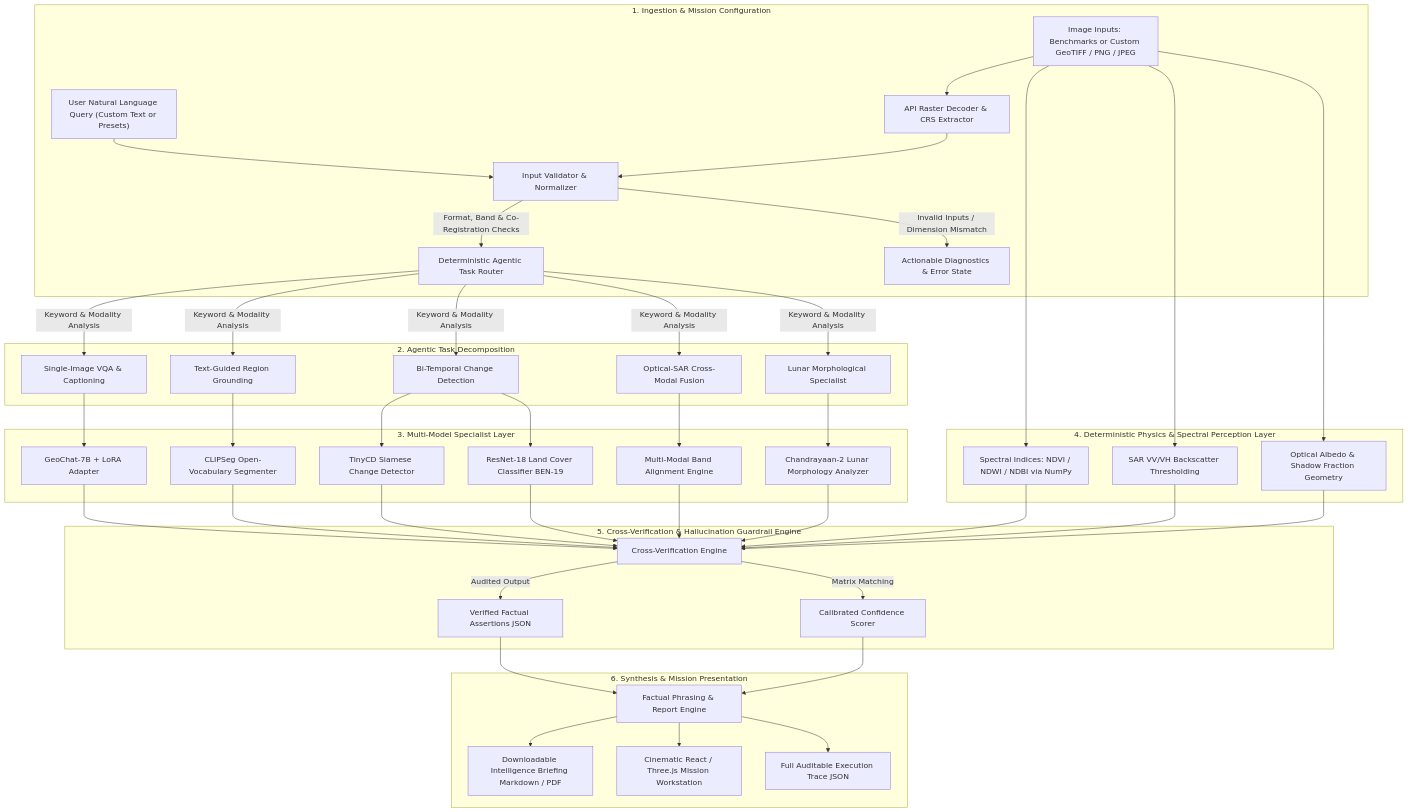
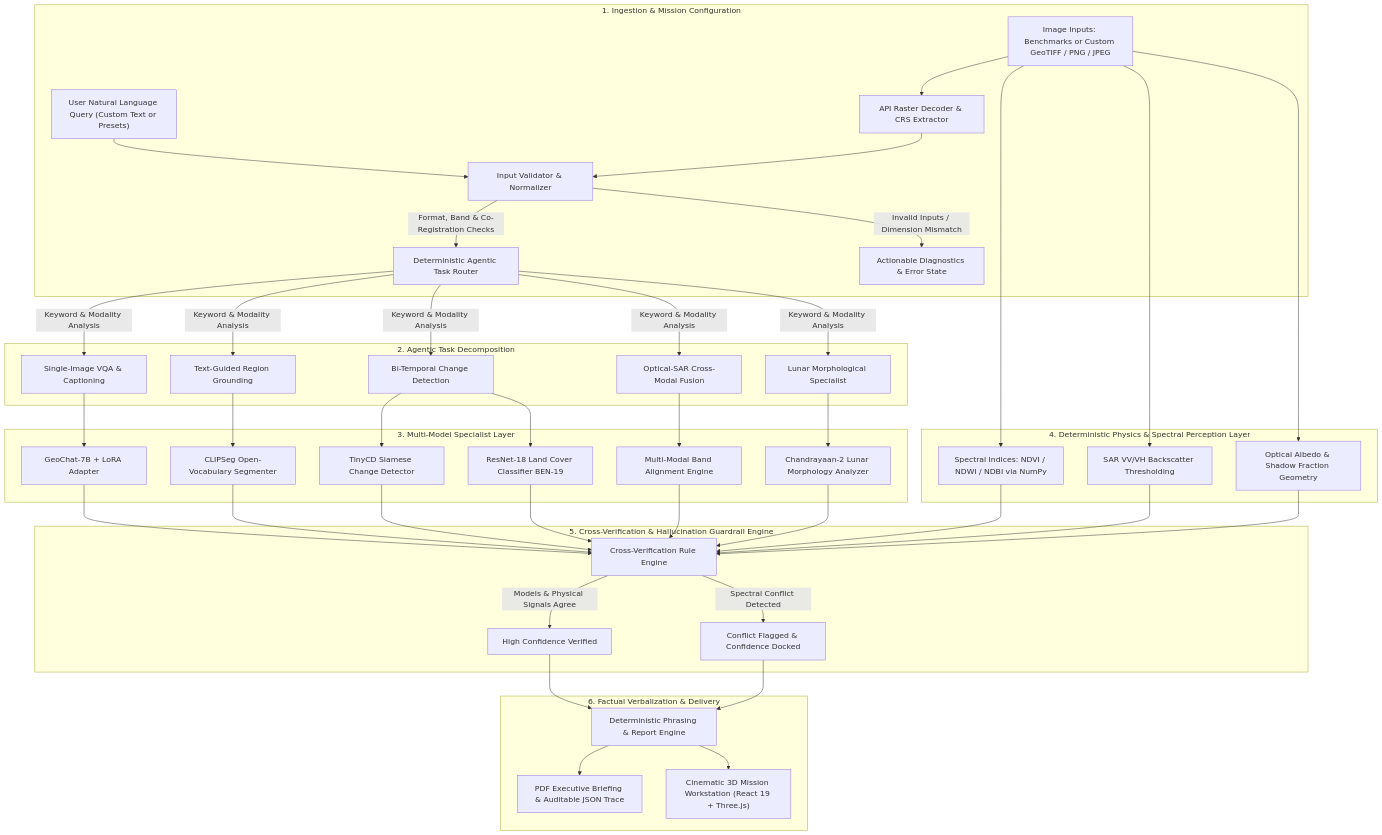
The diagram in README.md (huldahtejaswinikunti-AI/SatQuery-AI), drawn with Mermaid before and after one commit. The commit also changed other lines of this file, not shown here.

Commit message:
docs: modernize README with status badges, system architecture, and unified launch guide

````diff
--- a/README.md
+++ b/README.md
@@ -67,55 +75,46 @@
 ```mermaid
 flowchart TD
     subgraph INGESTION["1. Ingestion & Mission Configuration"]
         UQ["User Natural Language Query (Custom Text or Presets)"] --> IV["Input Validator & Normalizer"]
         IMG["Image Inputs: Benchmarks or Custom GeoTIFF / PNG / JPEG"] --> UP["API Raster Decoder & CRS Extractor"]
         UP --> IV
         IV -->|"Format, Band & Co-Registration Checks"| AR["Deterministic Agentic Task Router"]
         IV -->|"Invalid Inputs / Dimension Mismatch"| ERR["Actionable Diagnostics & Error State"]
     end
 
     subgraph ROUTING["2. Agentic Task Decomposition"]
         AR -->|"Keyword & Modality Analysis"| TR1["Single-Image VQA & Captioning"]
         AR -->|"Keyword & Modality Analysis"| TR2["Text-Guided Region Grounding"]
         AR -->|"Keyword & Modality Analysis"| TR3["Bi-Temporal Change Detection"]
         AR -->|"Keyword & Modality Analysis"| TR4["Optical-SAR Cross-Modal Fusion"]
         AR -->|"Keyword & Modality Analysis"| TR5["Lunar Morphological Specialist"]
     end
 
     subgraph SPECIALISTS["3. Multi-Model Specialist Layer"]
         TR1 --> GC["GeoChat-7B + LoRA Adapter"]
         TR2 --> CS["CLIPSeg Open-Vocabulary Segmenter"]
         TR3 --> TCD["TinyCD Siamese Change Detector"]
         TR3 --> LC["ResNet-18 Land Cover Classifier BEN-19"]
         TR4 --> SAR_OPT["Multi-Modal Band Alignment Engine"]
         TR5 --> LMR["Chandrayaan-2 Lunar Morphology Analyzer"]
     end
 
     subgraph PHYSICAL_LAYER["4. Deterministic Physics & Spectral Perception Layer"]
         IMG --> SPEC["Spectral Indices: NDVI / NDWI / NDBI via NumPy"]
         IMG --> SAR_PHYS["SAR VV/VH Backscatter Thresholding"]
         IMG --> LUNAR_RAD["Optical Albedo & Shadow Fraction Geometry"]
     end
 
     subgraph VERIFICATION["5. Cross-Verification & Hallucination Guardrail Engine"]
-        GC --> XV["Cross-Verification Engine"]
-        CS --> XV
-        TCD --> XV
-        LC --> XV
-        SAR_OPT --> XV
-        LMR --> XV
-        SPEC --> XV
-        SAR_PHYS --> XV
-        LUNAR_RAD --> XV
-        XV -->|"Matrix Matching"| CONF["Calibrated Confidence Scorer"]
-        XV -->|"Audited Output"| VF["Verified Factual Assertions JSON"]
+        GC & CS & TCD & LC & SAR_OPT & LMR --> VF["Cross-Verification Rule Engine"]
+        SPEC & SAR_PHYS & LUNAR_RAD --> VF
+        VF -->|"Models & Physical Signals Agree"| V_OK["High Confidence Verified"]
+        VF -->|"Spectral Conflict Detected"| V_WARN["Conflict Flagged & Confidence Docked"]
     end
 
-    subgraph REPORTING["6. Synthesis & Mission Presentation"]
-        VF --> PE["Factual Phrasing & Report Engine"]
-        CONF --> PE
-        PE --> MD["Downloadable Intelligence Briefing Markdown / PDF"]
-        PE --> HUD["Cinematic React / Three.js Mission Workstation"]
-        PE --> TRACE["Full Auditable Execution Trace JSON"]
+    subgraph SYNTHESIS["6. Factual Verbalization & Delivery"]
+        V_OK & V_WARN --> PHR["Deterministic Phrasing & Report Engine"]
+        PHR --> REP["PDF Executive Briefing & Auditable JSON Trace"]
+        PHR --> HUD["Cinematic 3D Mission Workstation (React 19 + Three.js)"]
     end
 ```
````
